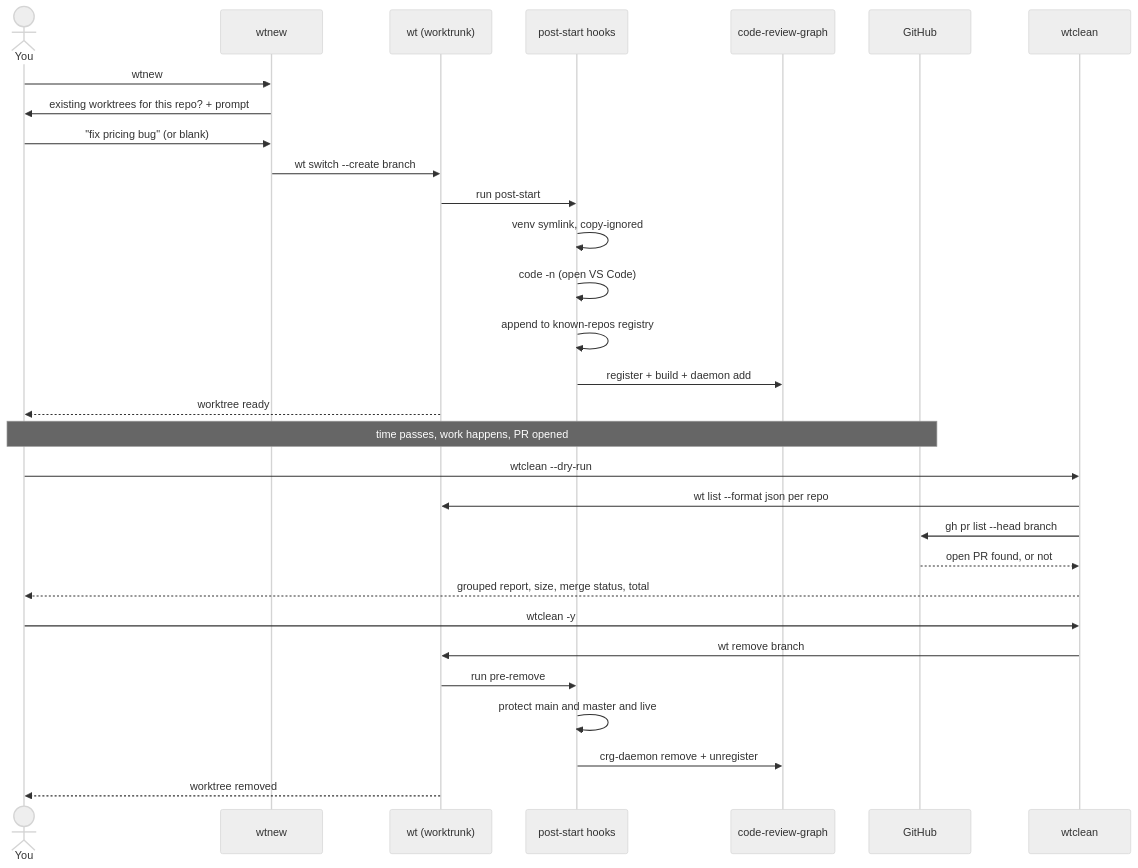
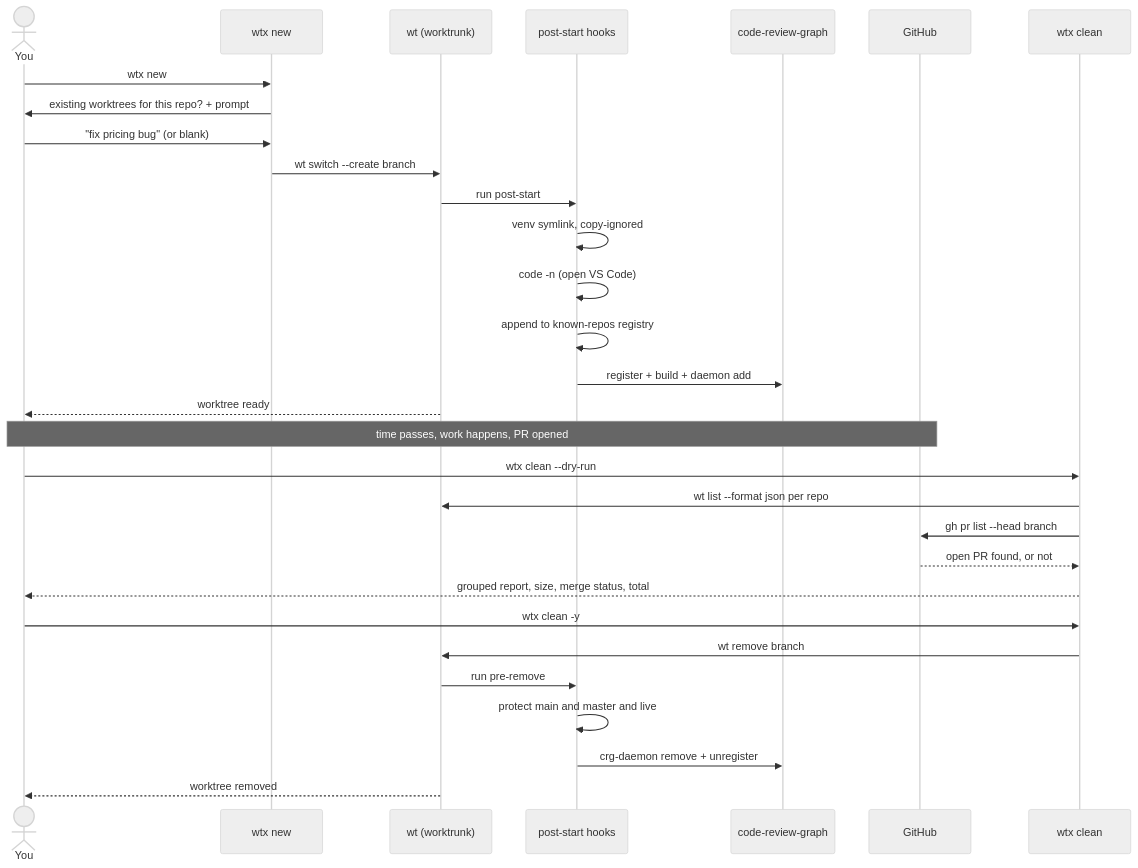
Before and after one commit to luiul/dotfiles: the second of 3 diagrams in docs/dev-setup-overview.md, drawn with Mermaid (neutral theme). The commit also changed other lines of this file and 2 other files, not shown here.

First line of the commit message:
feat: unify wtnew/wtclean into a single wtx dispatcher

````diff
--- a/docs/dev-setup-overview.md
+++ b/docs/dev-setup-overview.md
@@ -146,34 +155,35 @@
 ```mermaid
 sequenceDiagram
   actor You
-  participant wtnew
+  participant WtxNew as wtx new
   participant wt as wt (worktrunk)
   participant Hooks as post-start hooks
   participant CRG as code-review-graph
   participant GH as GitHub
+  participant WtxClean as wtx clean
 
-  You->>wtnew: wtnew
-  wtnew->>You: existing worktrees for this repo? + prompt
-  You->>wtnew: "fix pricing bug" (or blank)
-  wtnew->>wt: wt switch --create branch
+  You->>WtxNew: wtx new
+  WtxNew->>You: existing worktrees for this repo? + prompt
+  You->>WtxNew: "fix pricing bug" (or blank)
+  WtxNew->>wt: wt switch --create branch
   wt->>Hooks: run post-start
   Hooks->>Hooks: venv symlink, copy-ignored
   Hooks->>Hooks: code -n (open VS Code)
   Hooks->>Hooks: append to known-repos registry
   Hooks->>CRG: register + build + daemon add
   wt-->>You: worktree ready
 
   Note over You,GH: time passes, work happens, PR opened
 
-  You->>wtclean: wtclean --dry-run
-  wtclean->>wt: wt list --format json per repo
-  wtclean->>GH: gh pr list --head branch
-  GH-->>wtclean: open PR found, or not
-  wtclean-->>You: grouped report, size, merge status, total
-  You->>wtclean: wtclean -y
-  wtclean->>wt: wt remove branch
+  You->>WtxClean: wtx clean --dry-run
+  WtxClean->>wt: wt list --format json per repo
+  WtxClean->>GH: gh pr list --head branch
+  GH-->>WtxClean: open PR found, or not
+  WtxClean-->>You: grouped report, size, merge status, total
+  You->>WtxClean: wtx clean -y
+  WtxClean->>wt: wt remove branch
   wt->>Hooks: run pre-remove
   Hooks->>Hooks: protect main and master and live
   Hooks->>CRG: crg-daemon remove + unregister
   wt-->>You: worktree removed
 ```
````
